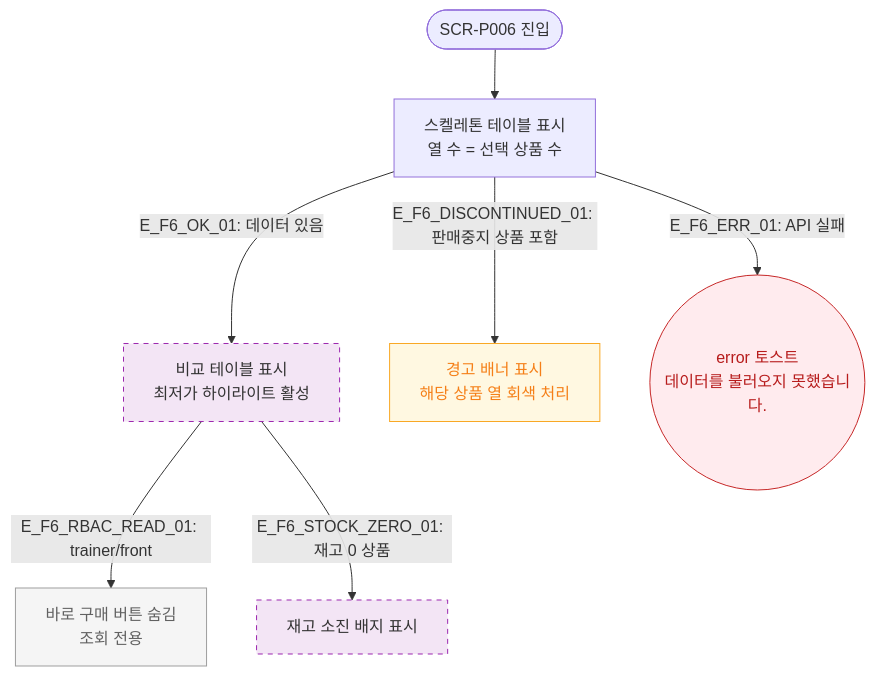
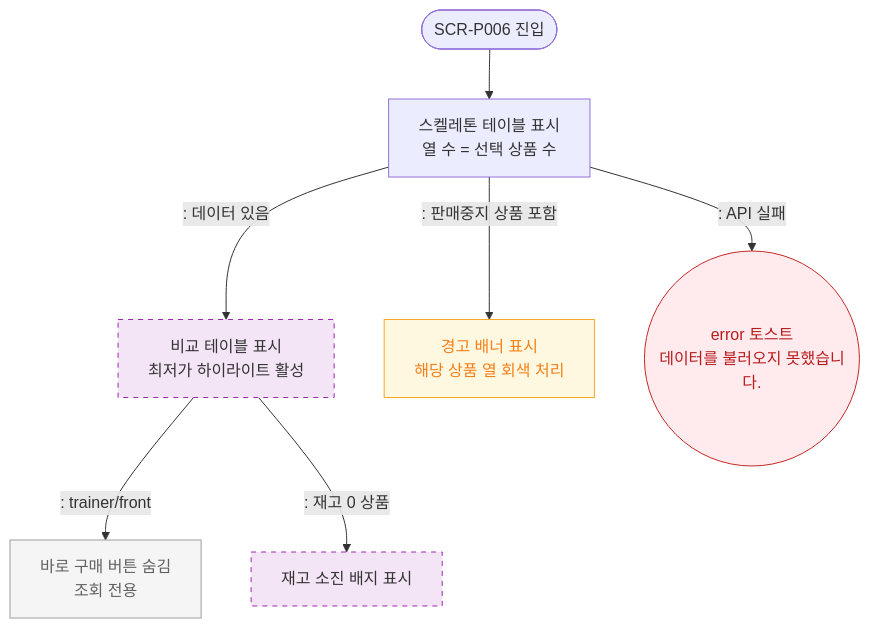
One commit to dev-spogym/admin-pando changed the diagram in docs/다이어그램/D05_상품관리/SCR-P006_상품비교/F6_상태별화면.md. Above: the diagram before and after it, drawn with Mermaid. The commit also changed other lines of this file and 1660 other files, not shown here.

First line of the commit message:
다이어그램: 기획자/클라이언트 납품본으로 정리

````diff
--- a/docs/다이어그램/D05_상품관리/SCR-P006_상품비교/F6_상태별화면.md
+++ b/docs/다이어그램/D05_상품관리/SCR-P006_상품비교/F6_상태별화면.md
@@ -16,20 +14,20 @@
 ```mermaid
 flowchart TD
     ENTER([SCR-P006 진입]) --> Loading[스켈레톤 테이블 표시\n열 수 = 선택 상품 수]
-    Loading -->|"E_F6_OK_01: 데이터 있음"| StateNormal[비교 테이블 표시\n최저가 하이라이트 활성]
-    Loading -->|"E_F6_DISCONTINUED_01: 판매중지 상품 포함"| StateBanner[경고 배너 표시\n해당 상품 열 회색 처리]
-    Loading -->|"E_F6_ERR_01: API 실패"| StateErr((error 토스트\n데이터를 불러오지 못했습니다.))
+    Loading -->|": 데이터 있음"|StateNormal[비교 테이블 표시\n최저가 하이라이트 활성]
+    Loading -->|": 판매중지 상품 포함"|StateBanner[경고 배너 표시\n해당 상품 열 회색 처리]
+    Loading -->|": API 실패"|StateErr((error 토스트\n데이터를 불러오지 못했습니다.))
 
-    StateNormal -->|"E_F6_RBAC_READ_01: trainer/front"| ReadOnly[바로 구매 버튼 숨김\n조회 전용]
-    StateNormal -->|"E_F6_STOCK_ZERO_01: 재고 0 상품"| StockBadge[재고 소진 배지 표시]
+    StateNormal -->|": trainer/front"|ReadOnly[바로 구매 버튼 숨김\n조회 전용]
+    StateNormal -->|": 재고 0 상품"|StockBadge[재고 소진 배지 표시]
 
     classDef screen fill:#F3E5F5,stroke:#9C27B0,stroke-dasharray:5 5
     classDef newFeature fill:#F3E5F5,stroke:#9C27B0,stroke-dasharray:5 5
     classDef warning fill:#FFF8E1,stroke:#F9A825,color:#F57F17
     classDef error fill:#FFEBEE,stroke:#C62828,color:#B71C1C
     classDef rbacBlocked fill:#F5F5F5,stroke:#9E9E9E,color:#616161
     class StateNormal,StockBadge newFeature
     class StateBanner warning
     class StateErr error
     class ReadOnly rbacBlocked
 ```
````
